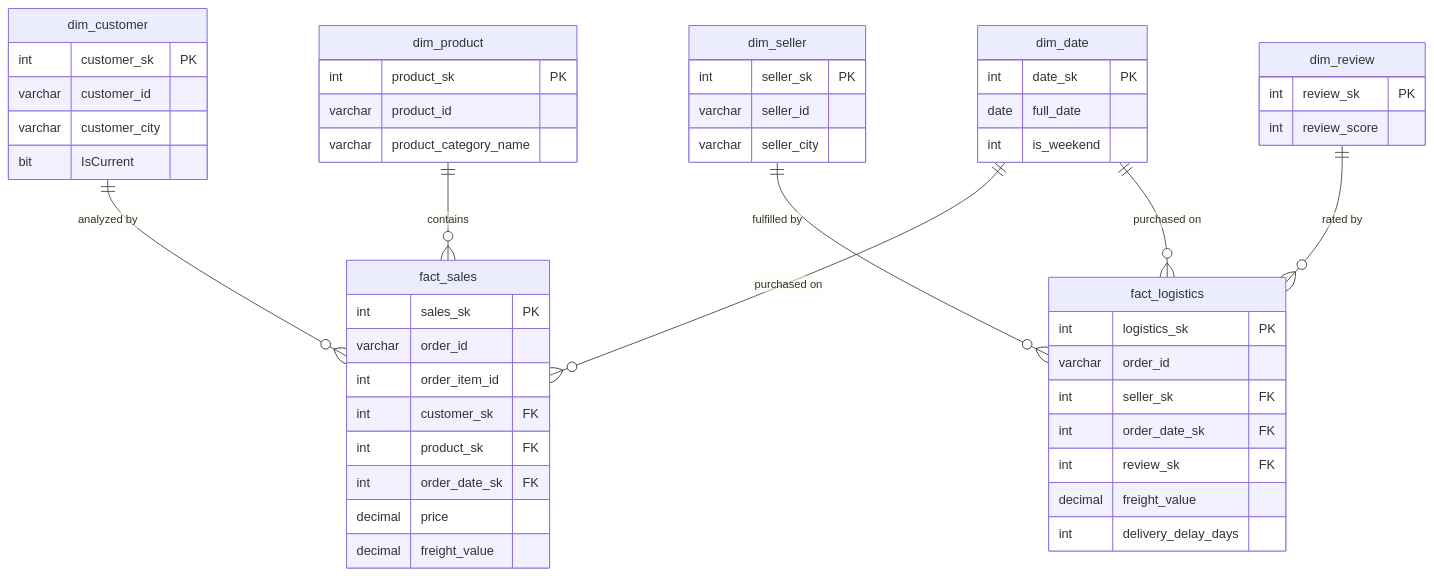
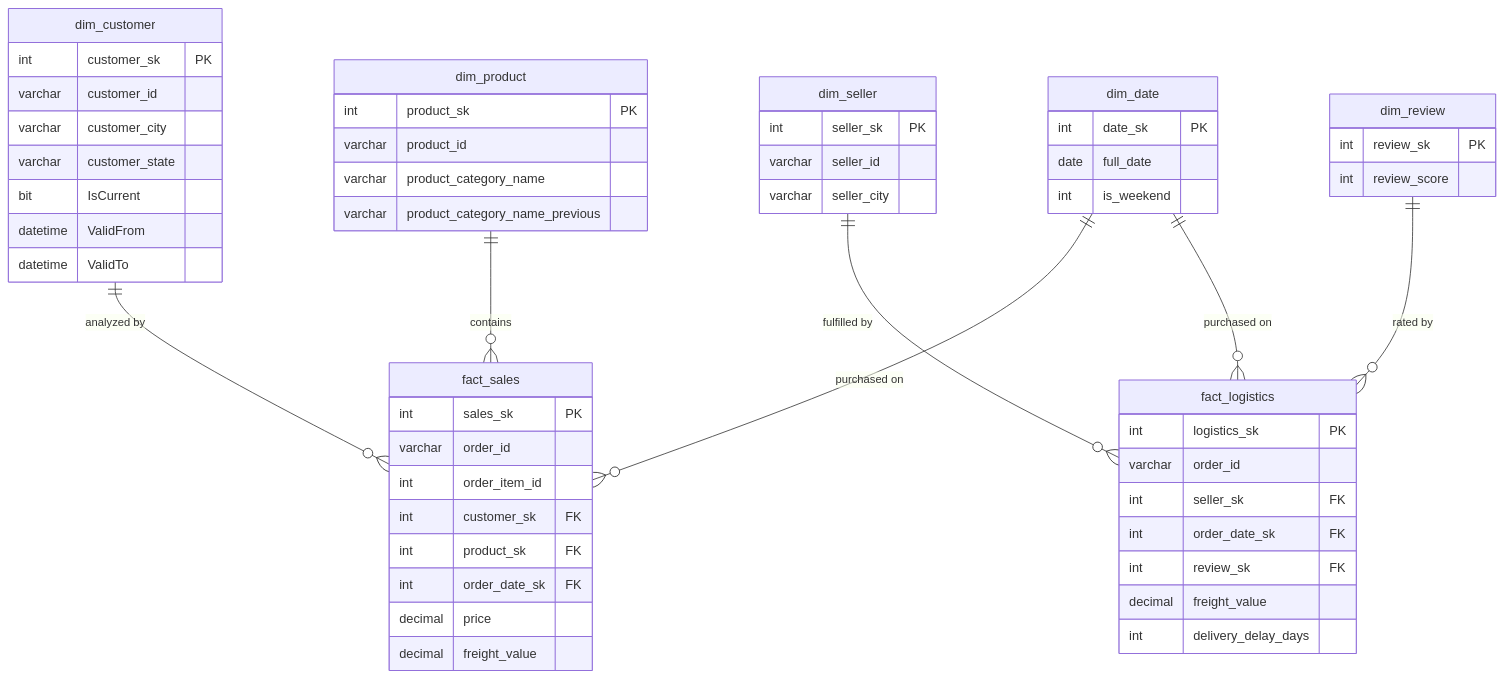
The second of 2 diagrams in docs/Data_Warehouse_Design.md (YasinSaberi/Olist-E-Commerce-DW), drawn with Mermaid before and after one commit. The commit also changed other lines of this file, not shown here.

````diff
--- a/docs/Data_Warehouse_Design.md
+++ b/docs/Data_Warehouse_Design.md
@@ -39,62 +76,58 @@
 ```mermaid
 erDiagram
     fact_sales {
         int sales_sk PK
         varchar order_id
         int order_item_id
         int customer_sk FK
         int product_sk FK
         int order_date_sk FK
         decimal price
         decimal freight_value
     }
-
     fact_logistics {
         int logistics_sk PK
         varchar order_id
         int seller_sk FK
         int order_date_sk FK
         int review_sk FK
         decimal freight_value
         int delivery_delay_days
     }
-
     dim_customer {
         int customer_sk PK
         varchar customer_id
         varchar customer_city
+        varchar customer_state
         bit IsCurrent
+        datetime ValidFrom
+        datetime ValidTo
     }
-
     dim_product {
         int product_sk PK
         varchar product_id
         varchar product_category_name
+        varchar product_category_name_previous
     }
-
     dim_seller {
         int seller_sk PK
         varchar seller_id
         varchar seller_city
     }
-
     dim_review {
         int review_sk PK
         int review_score
     }
-
     dim_date {
         int date_sk PK
         date full_date
         int is_weekend
     }
-
     %% روابط جداول (Relationships)
     dim_customer ||--o{ fact_sales : "analyzed by"
     dim_product ||--o{ fact_sales : "contains"
     dim_date ||--o{ fact_sales : "purchased on"
-
     dim_seller ||--o{ fact_logistics : "fulfilled by"
     dim_review ||--o{ fact_logistics : "rated by"
     dim_date ||--o{ fact_logistics : "purchased on"
 ```
````
